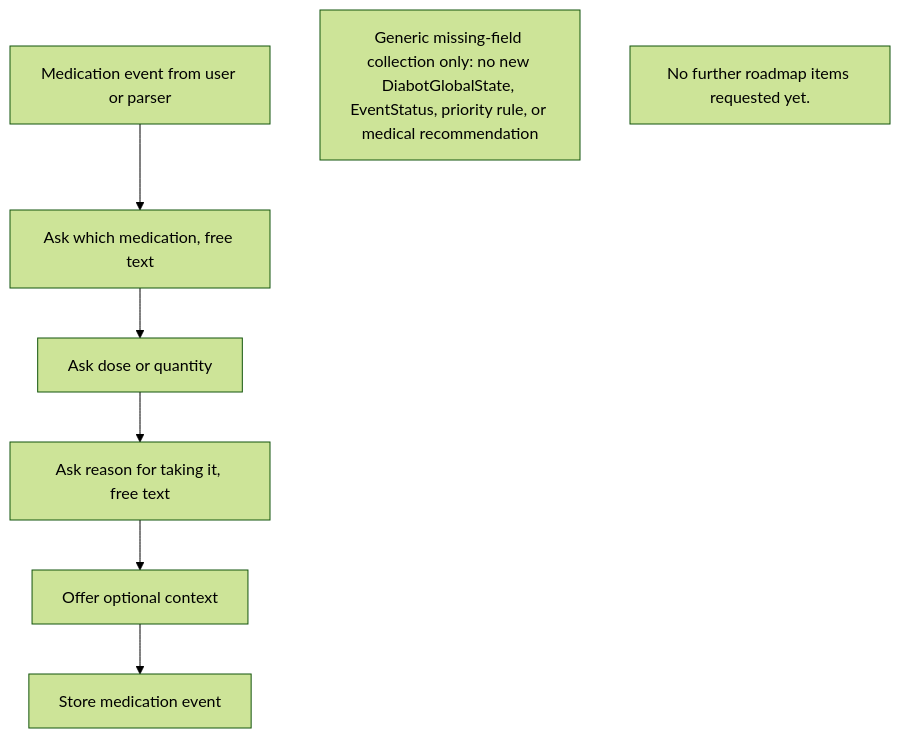
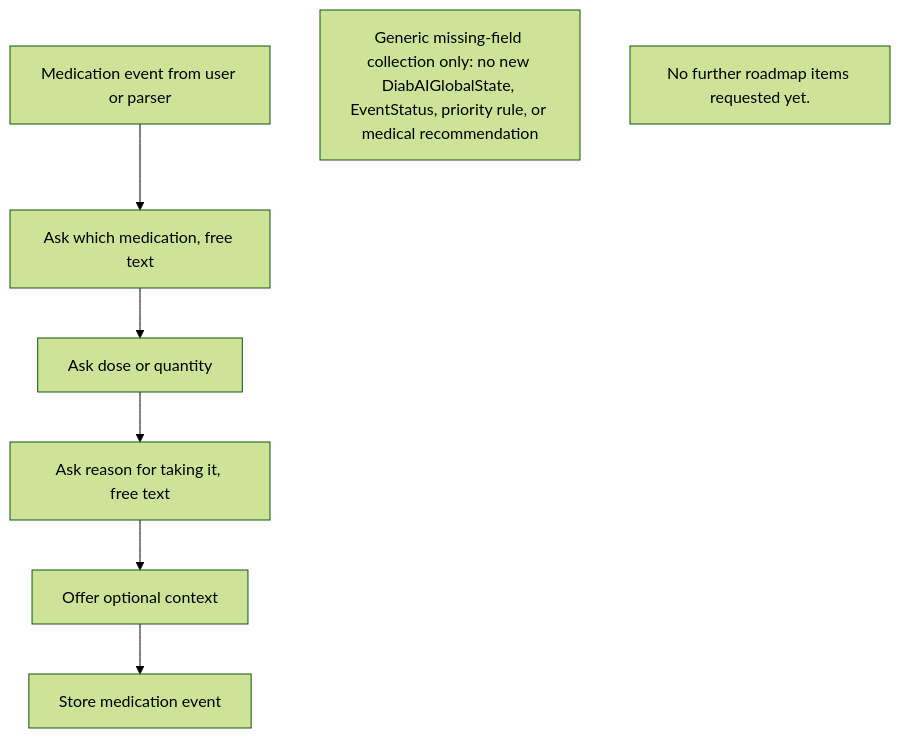
One commit to bioduds/diabot changed the diagram in diabot/docs/fsm/medication.mmd. Above: the diagram before and after it, drawn with Mermaid (forest theme). The commit also changed 55 other files, not shown here.

```diff
--- a/diabot/docs/fsm/medication.mmd
+++ b/diabot/docs/fsm/medication.mmd
@@ -1,11 +1,11 @@
 %% fsm-contract: {"eventType":"medication","askedFields":["medicationName","dose","reason"],"path":["medicationName","dose","reason","optional-context","stored"],"globalStateChange":false,"lifecycleChange":false,"emergencyImpact":false,"priorityImpact":false,"medicalReasoning":false}
 %% Same shape as meal.mmd's fsm-contract; not yet enforced by test/fsm_mermaid_contract_test.dart.
 flowchart TD
   INPUT[Medication event from user or parser] --> NAME[Ask which medication, free text]
   NAME --> DOSE[Ask dose or quantity]
   DOSE --> REASON[Ask reason for taking it, free text]
   REASON --> CONTEXT[Offer optional context]
   CONTEXT --> STORE[Store medication event]
 
-  NOTE[Generic missing-field collection only: no new DiabotGlobalState, EventStatus, priority rule, or medical recommendation]
+  NOTE[Generic missing-field collection only: no new DiabAIGlobalState, EventStatus, priority rule, or medical recommendation]
   BACKLOG[No further roadmap items requested yet.]
```
